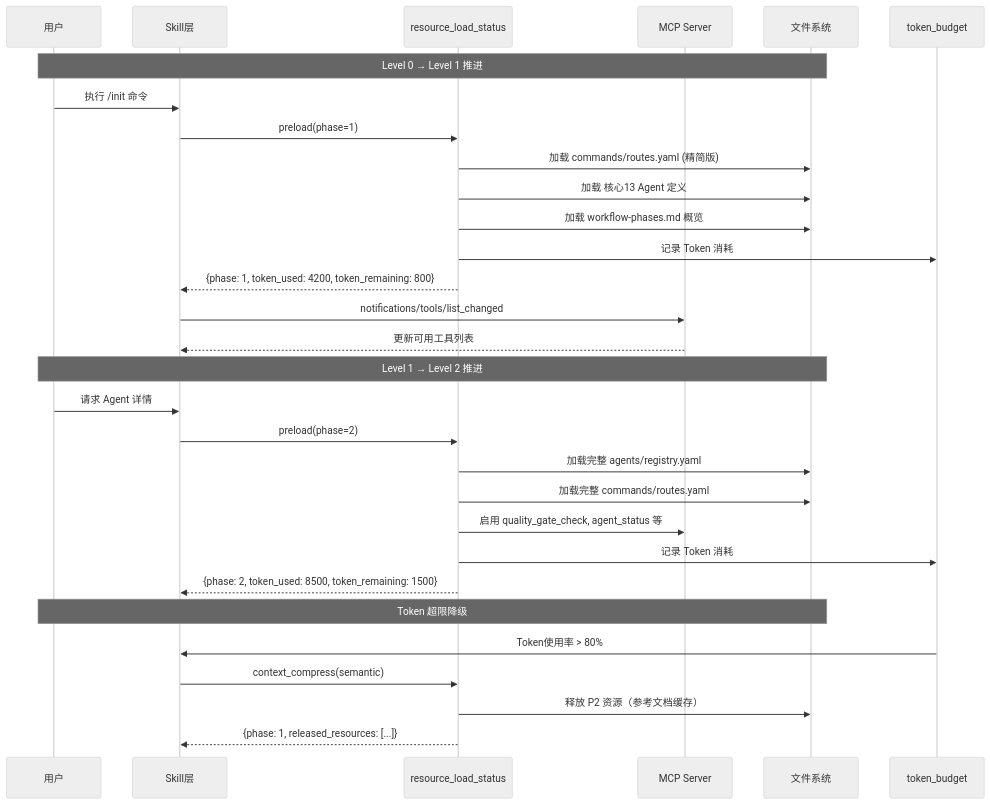
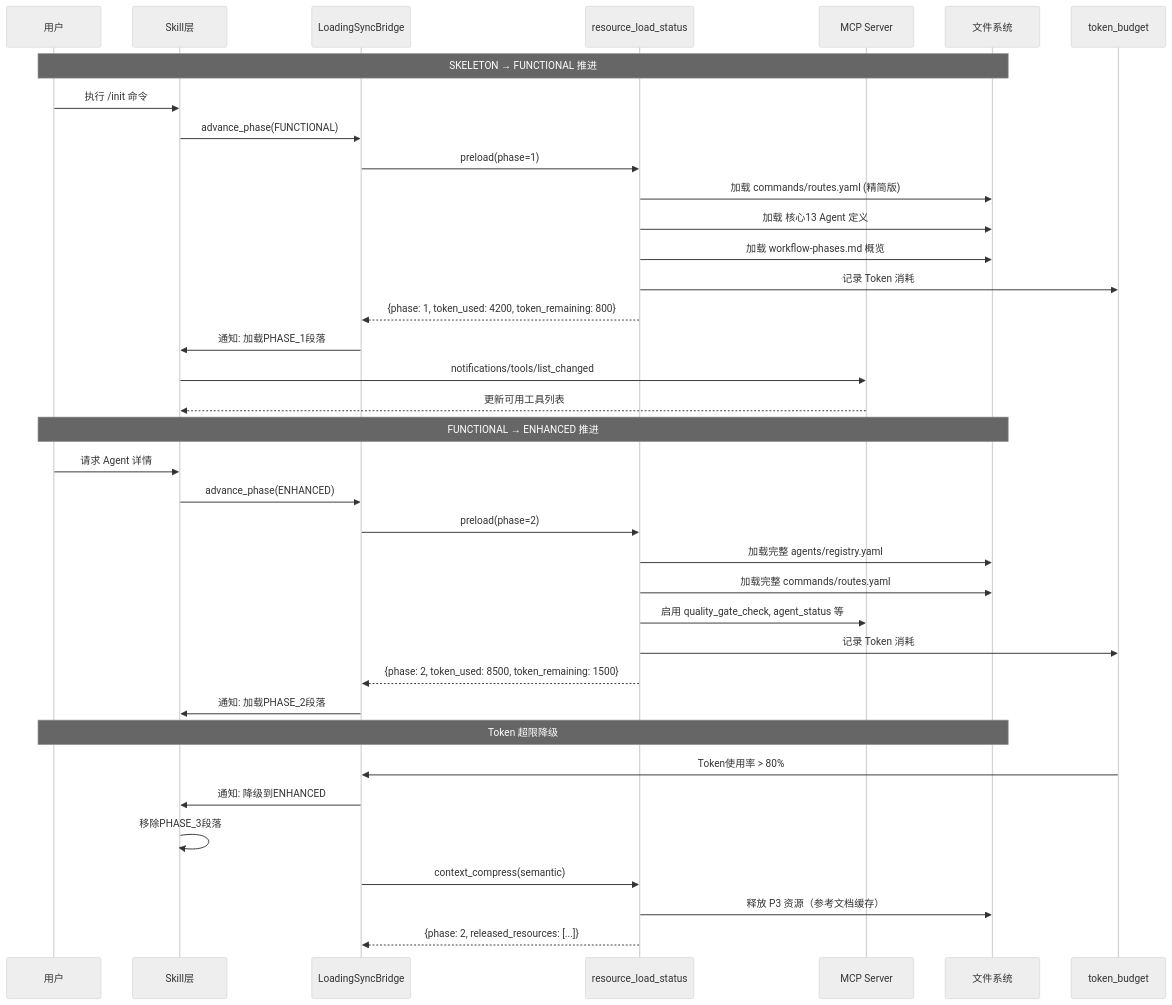
The eighth of 10 diagrams in docs/plan/REFACTOR_PLAN.md (xuanyuanchumo/xuansto), drawn with Mermaid (neutral theme) before and after one commit. The commit also changed other lines of this file and 8 other files, not shown here.

````diff
--- a/docs/plan/REFACTOR_PLAN.md
+++ b/docs/plan/REFACTOR_PLAN.md
@@ -747,35 +761,42 @@
 ```mermaid
 sequenceDiagram
     participant User as 用户
     participant Skill as Skill层
+    participant Sync as LoadingSyncBridge
     participant RLS as resource_load_status
     participant MCP as MCP Server
     participant FS as 文件系统
     participant TB as token_budget
 
-    Note over User,FS: Level 0 → Level 1 推进
+    Note over User,FS: SKELETON → FUNCTIONAL 推进
     User->>Skill: 执行 /init 命令
-    Skill->>RLS: preload(phase=1)
+    Skill->>Sync: advance_phase(FUNCTIONAL)
+    Sync->>RLS: preload(phase=1)
     RLS->>FS: 加载 commands/routes.yaml (精简版)
     RLS->>FS: 加载 核心13 Agent 定义
     RLS->>FS: 加载 workflow-phases.md 概览
     RLS->>TB: 记录 Token 消耗
-    RLS-->>Skill: {phase: 1, token_used: 4200, token_remaining: 800}
+    RLS-->>Sync: {phase: 1, token_used: 4200, token_remaining: 800}
+    Sync->>Skill: 通知: 加载PHASE_1段落
     Skill->>MCP: notifications/tools/list_changed
     MCP-->>Skill: 更新可用工具列表
 
-    Note over User,FS: Level 1 → Level 2 推进
+    Note over User,FS: FUNCTIONAL → ENHANCED 推进
     User->>Skill: 请求 Agent 详情
-    Skill->>RLS: preload(phase=2)
+    Skill->>Sync: advance_phase(ENHANCED)
+    Sync->>RLS: preload(phase=2)
     RLS->>FS: 加载完整 agents/registry.yaml
     RLS->>FS: 加载完整 commands/routes.yaml
     RLS->>MCP: 启用 quality_gate_check, agent_status 等
     RLS->>TB: 记录 Token 消耗
-    RLS-->>Skill: {phase: 2, token_used: 8500, token_remaining: 1500}
+    RLS-->>Sync: {phase: 2, token_used: 8500, token_remaining: 1500}
+    Sync->>Skill: 通知: 加载PHASE_2段落
 
     Note over User,FS: Token 超限降级
-    TB->>Skill: Token使用率 > 80%
-    Skill->>RLS: context_compress(semantic)
-    RLS->>FS: 释放 P2 资源（参考文档缓存）
-    RLS-->>Skill: {phase: 1, released_resources: [...]}
+    TB->>Sync: Token使用率 > 80%
+    Sync->>Skill: 通知: 降级到ENHANCED
+    Skill->>Skill: 移除PHASE_3段落
+    Sync->>RLS: context_compress(semantic)
+    RLS->>FS: 释放 P3 资源（参考文档缓存）
+    RLS-->>Sync: {phase: 2, released_resources: [...]}
 ```
````
